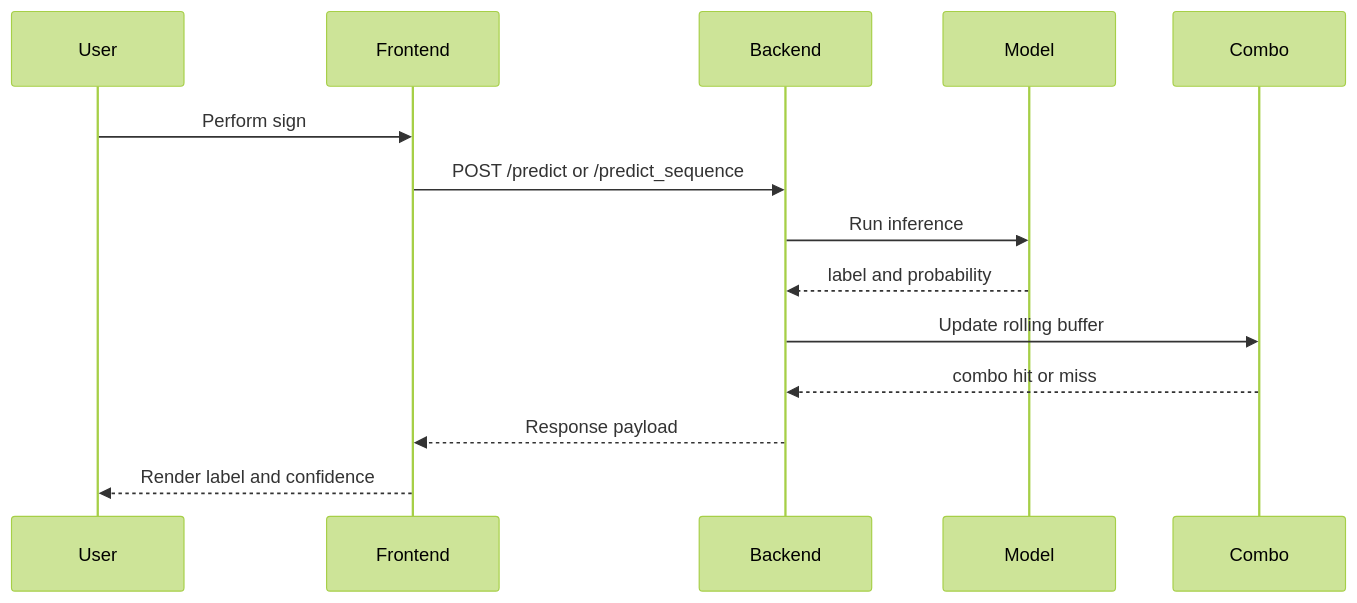
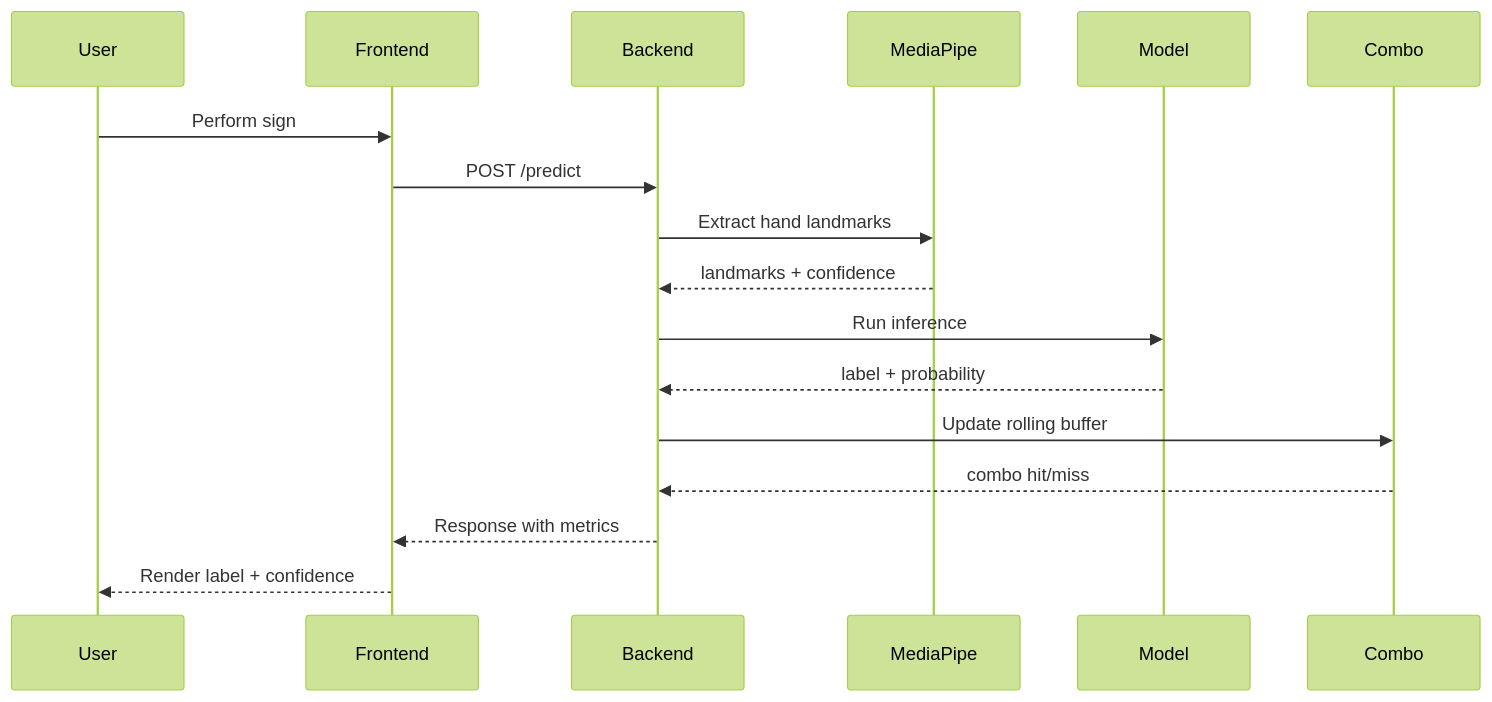
The second of 2 diagrams in README.md (RishiStudies/hand_sign_detection_dynamic), drawn with Mermaid (forest theme) before and after one commit. The commit also changed other lines of this file and 87 other files, not shown here.

````diff
--- a/README.md
+++ b/README.md
@@ -256,17 +292,20 @@
 ```mermaid
 sequenceDiagram
   participant User
   participant Frontend
   participant Backend
+  participant MediaPipe
   participant Model
   participant Combo
 
   User->>Frontend: Perform sign
-  Frontend->>Backend: POST /predict or /predict_sequence
+  Frontend->>Backend: POST /predict
+  Backend->>MediaPipe: Extract hand landmarks
+  MediaPipe-->>Backend: landmarks + confidence
   Backend->>Model: Run inference
-  Model-->>Backend: label and probability
+  Model-->>Backend: label + probability
   Backend->>Combo: Update rolling buffer
-  Combo-->>Backend: combo hit or miss
-  Backend-->>Frontend: Response payload
-  Frontend-->>User: Render label and confidence
+  Combo-->>Backend: combo hit/miss
+  Backend-->>Frontend: Response with metrics
+  Frontend-->>User: Render label + confidence
 ```
````
